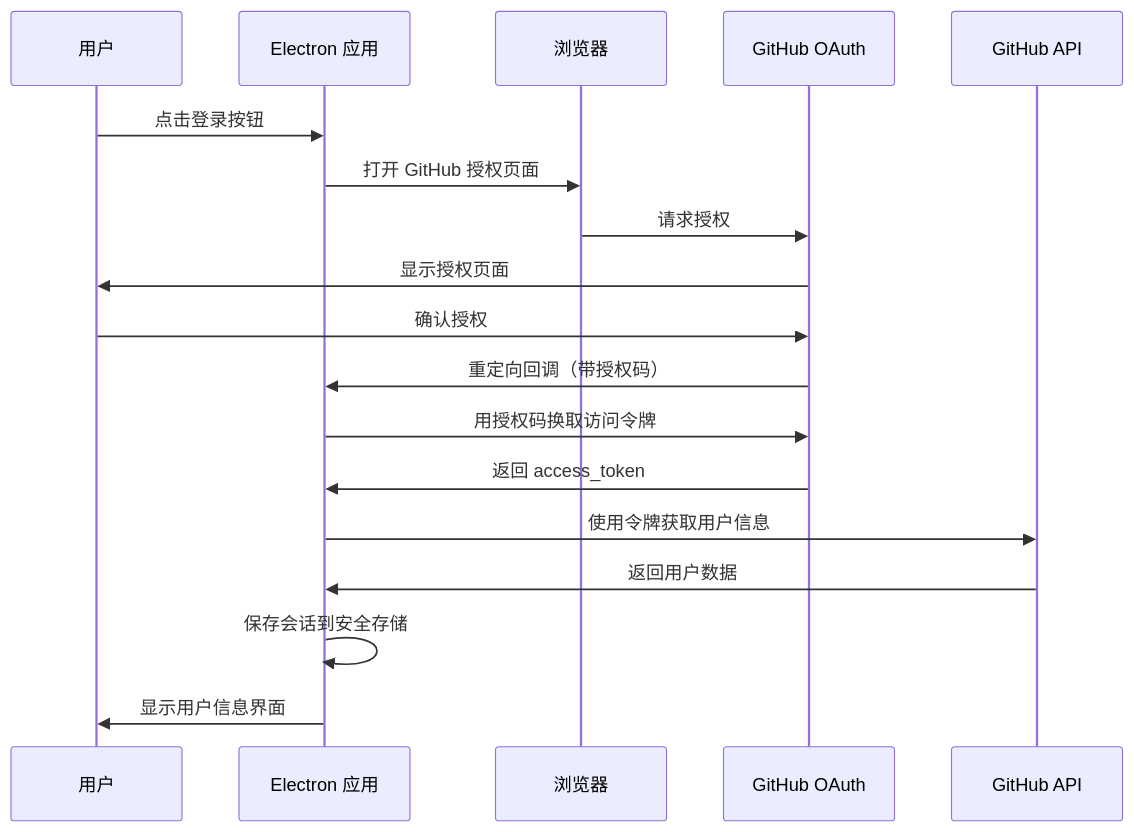
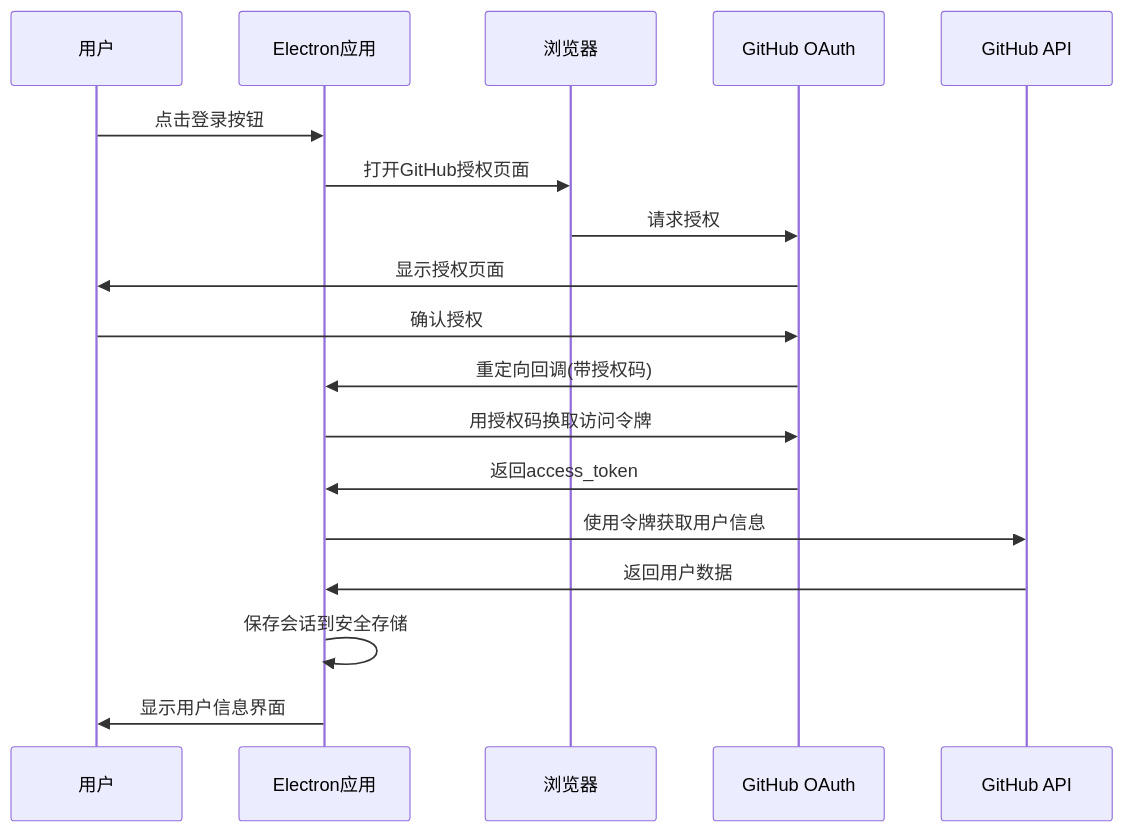
The first of 2 diagrams in README.md (tianyicaii/craw), drawn with Mermaid before and after one commit. The commit also changed other lines of this file and 9 other files, not shown here.

````diff
--- a/README.md
+++ b/README.md
@@ -73,21 +73,21 @@
 ```mermaid
 sequenceDiagram
     participant User as 用户
-    participant App as Electron 应用
+    participant App as Electron应用
     participant Browser as 浏览器
     participant GitHub as GitHub OAuth
     participant API as GitHub API
 
     User->>App: 点击登录按钮
-    App->>Browser: 打开 GitHub 授权页面
+    App->>Browser: 打开GitHub授权页面
     Browser->>GitHub: 请求授权
     GitHub->>User: 显示授权页面
     User->>GitHub: 确认授权
-    GitHub->>App: 重定向回调（带授权码）
+    GitHub->>App: 重定向回调(带授权码)
     App->>GitHub: 用授权码换取访问令牌
-    GitHub->>App: 返回 access_token
+    GitHub->>App: 返回access_token
     App->>API: 使用令牌获取用户信息
     API->>App: 返回用户数据
     App->>App: 保存会话到安全存储
     App->>User: 显示用户信息界面
 ```
````
